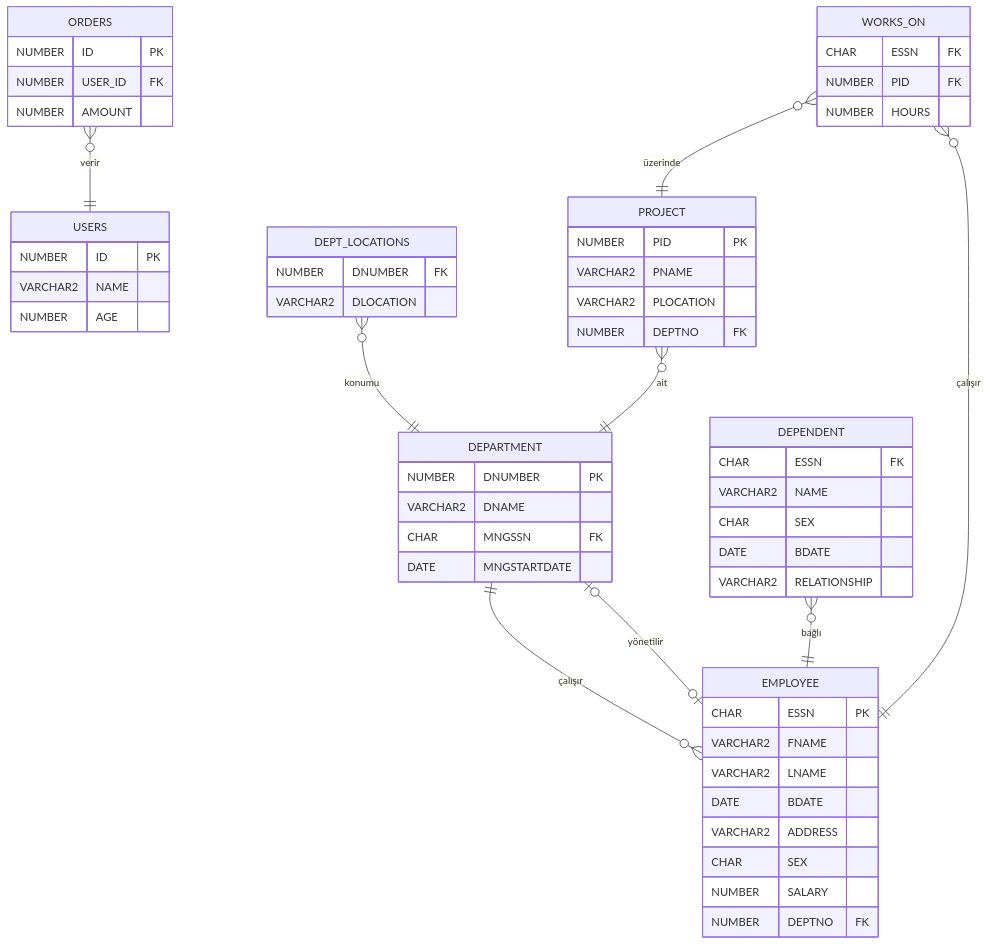
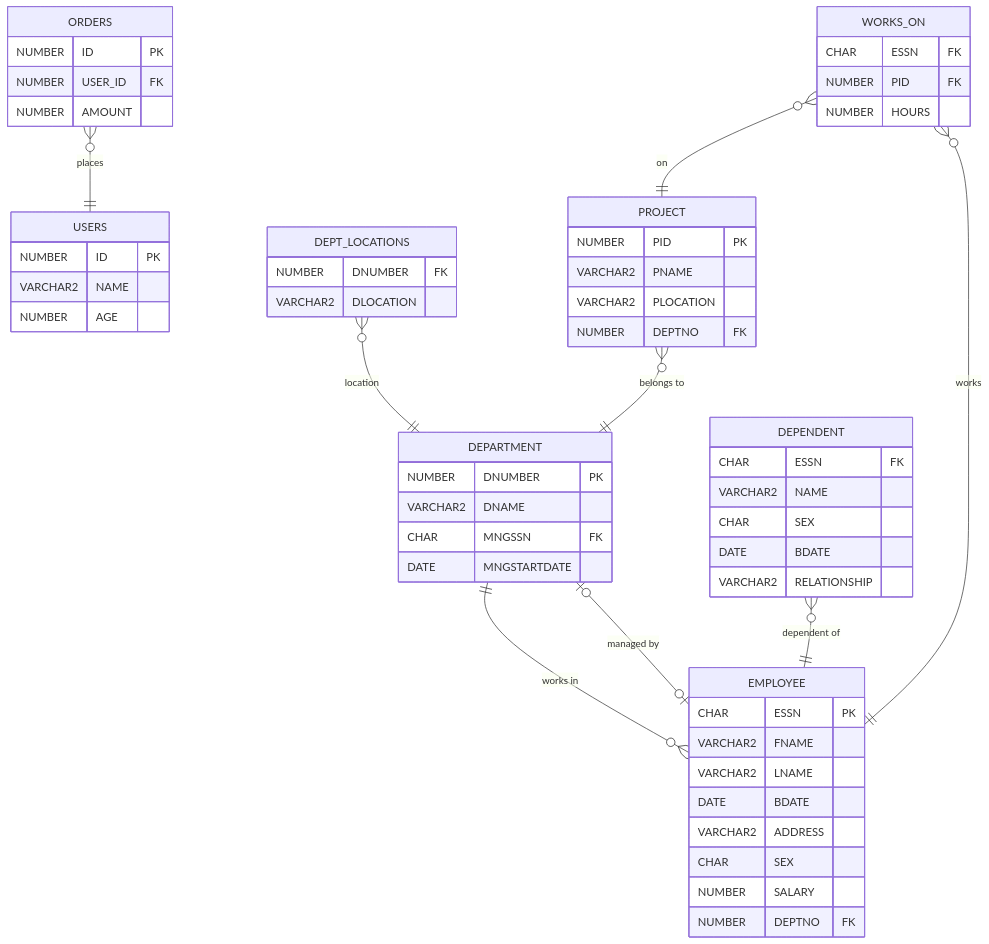
Before and after one commit to yusuf-koyuncu/Company-HR-Management-System: the diagram in README.md, drawn with Mermaid.

Commit message:
Update ER diagram terminology to English

````diff
--- a/README.md
+++ b/README.md
@@ -20,60 +20,60 @@
 ```mermaid
 erDiagram
     USERS {
         NUMBER ID PK
         VARCHAR2 NAME
         NUMBER AGE
     }
     DEPARTMENT {
         NUMBER DNUMBER PK
         VARCHAR2 DNAME
         CHAR MNGSSN FK
         DATE MNGSTARTDATE
     }
     EMPLOYEE {
         CHAR ESSN PK
         VARCHAR2 FNAME
         VARCHAR2 LNAME
         DATE BDATE
         VARCHAR2 ADDRESS
         CHAR SEX
         NUMBER SALARY
         NUMBER DEPTNO FK
     }
     DEPT_LOCATIONS {
         NUMBER DNUMBER FK
         VARCHAR2 DLOCATION
     }
     PROJECT {
         NUMBER PID PK
         VARCHAR2 PNAME
         VARCHAR2 PLOCATION
         NUMBER DEPTNO FK
     }
     DEPENDENT {
         CHAR ESSN FK
         VARCHAR2 NAME
         CHAR SEX
         DATE BDATE
         VARCHAR2 RELATIONSHIP
     }
     WORKS_ON {
         CHAR ESSN FK
         NUMBER PID FK
         NUMBER HOURS
     }
     ORDERS {
         NUMBER ID PK
         NUMBER USER_ID FK
         NUMBER AMOUNT
     }
 
-    EMPLOYEE }o--|| DEPARTMENT : "çalışır"
-    DEPARTMENT |o--o| EMPLOYEE : "yönetilir"
-    DEPT_LOCATIONS }o--|| DEPARTMENT : "konumu"
-    PROJECT }o--|| DEPARTMENT : "ait"
-    DEPENDENT }o--|| EMPLOYEE : "bağlı"
-    WORKS_ON }o--|| EMPLOYEE : "çalışır"
-    WORKS_ON }o--|| PROJECT : "üzerinde"
-    ORDERS }o--|| USERS : "verir"
+    EMPLOYEE }o--|| DEPARTMENT : "works in"
+    DEPARTMENT |o--o| EMPLOYEE : "managed by"
+    DEPT_LOCATIONS }o--|| DEPARTMENT : "location"
+    PROJECT }o--|| DEPARTMENT : "belongs to"
+    DEPENDENT }o--|| EMPLOYEE : "dependent of"
+    WORKS_ON }o--|| EMPLOYEE : "works"
+    WORKS_ON }o--|| PROJECT : "on"
+    ORDERS }o--|| USERS : "places"
 ```
````
